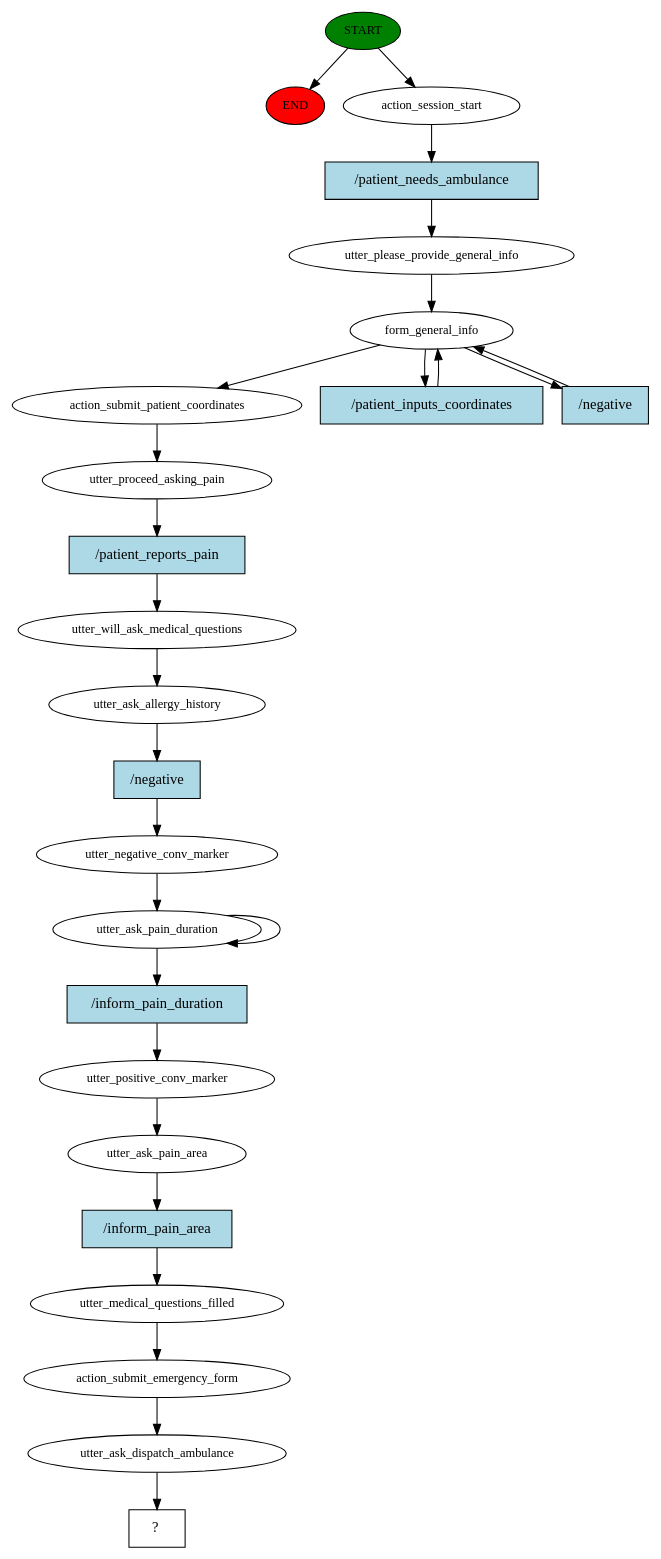
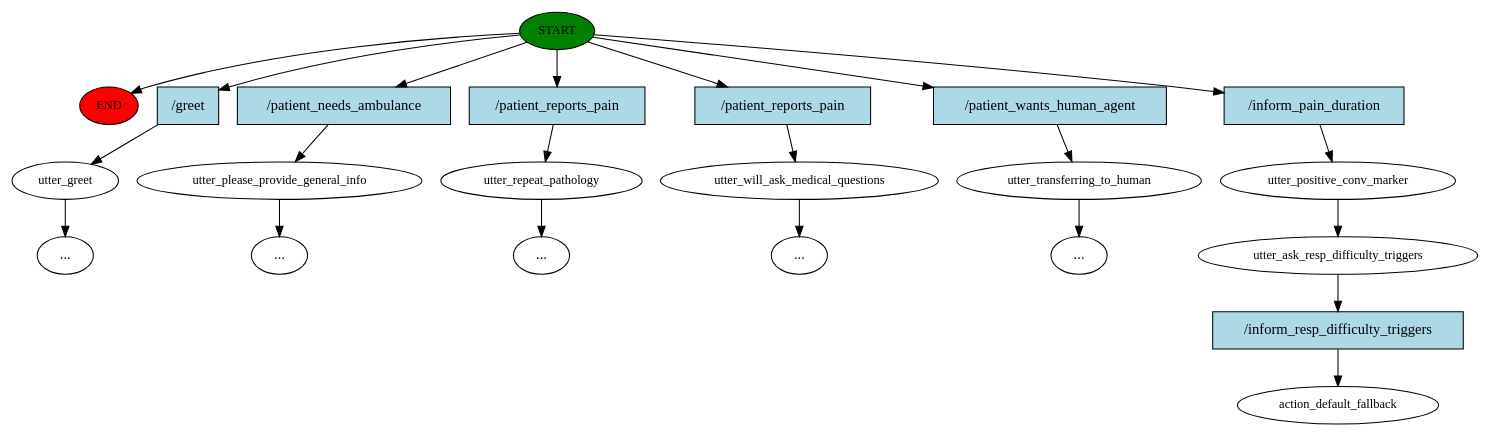
Before and after one commit to halixness/HMD-Dispatcher: the diagram in story_graph.dot, drawn with Graphviz. The commit also changed 5 other files, not shown here.

```diff
--- a/story_graph.dot
+++ b/story_graph.dot
@@ -1,52 +1,45 @@
 digraph  {
 0 [class="start active", fillcolor=green, fontsize=12, label=START, style=filled];
 "-1" [class=end, fillcolor=red, fontsize=12, label=END, style=filled];
-1 [class=active, fontsize=12, label=action_session_start];
-2 [class=active, fontsize=12, label=utter_please_provide_general_info];
-3 [class=active, fontsize=12, label=form_general_info];
-7 [class=active, fontsize=12, label=action_submit_patient_coordinates];
-8 [class=active, fontsize=12, label=utter_proceed_asking_pain];
-9 [class=active, fontsize=12, label=utter_will_ask_medical_questions];
-10 [class=active, fontsize=12, label=utter_ask_allergy_history];
-11 [class=active, fontsize=12, label=utter_negative_conv_marker];
-12 [class=active, fontsize=12, label=utter_ask_pain_duration];
-14 [class=active, fontsize=12, label=utter_positive_conv_marker];
-15 [class=active, fontsize=12, label=utter_ask_pain_area];
-16 [class=active, fontsize=12, label=utter_medical_questions_filled];
-17 [class=active, fontsize=12, label=action_submit_emergency_form];
-18 [class=active, fontsize=12, label=utter_ask_dispatch_ambulance];
-19 [class="intent dashed active", label="  ?  ", shape=rect];
-20 [class="intent active", fillcolor=lightblue, label="/patient_needs_ambulance", shape=rect, style=filled];
-21 [class="intent active", fillcolor=lightblue, label="/patient_inputs_coordinates", shape=rect, style=filled];
-22 [class="intent active", fillcolor=lightblue, label="/negative", shape=rect, style=filled];
-23 [class="intent active", fillcolor=lightblue, label="/patient_reports_pain", shape=rect, style=filled];
-24 [class="intent active", fillcolor=lightblue, label="/negative", shape=rect, style=filled];
-25 [class="intent active", fillcolor=lightblue, label="/inform_pain_duration", shape=rect, style=filled];
-26 [class="intent active", fillcolor=lightblue, label="/inform_pain_area", shape=rect, style=filled];
+1 [class="", fontsize=12, label=utter_greet];
+"-4" [class=ellipsis, label="..."];
+3 [class="", fontsize=12, label=utter_please_provide_general_info];
+"-5" [class=ellipsis, label="..."];
+4 [class="", fontsize=12, label=utter_repeat_pathology];
+"-6" [class=ellipsis, label="..."];
+5 [class="", fontsize=12, label=utter_will_ask_medical_questions];
+"-27" [class=ellipsis, label="..."];
+26 [class="", fontsize=12, label=utter_transferring_to_human];
+"-28" [class=ellipsis, label="..."];
+27 [class=active, fontsize=12, label=utter_positive_conv_marker];
+28 [class=active, fontsize=12, label=utter_ask_resp_difficulty_triggers];
+29 [class="dashed active", fontsize=12, label=action_default_fallback];
+30 [class=intent, fillcolor=lightblue, label="/greet", shape=rect, style=filled];
+31 [class=intent, fillcolor=lightblue, label="/patient_needs_ambulance", shape=rect, style=filled];
+32 [class=intent, fillcolor=lightblue, label="/patient_reports_pain", shape=rect, style=filled];
+33 [class=intent, fillcolor=lightblue, label="/patient_reports_pain", shape=rect, style=filled];
+34 [class=intent, fillcolor=lightblue, label="/patient_wants_human_agent", shape=rect, style=filled];
+35 [class="intent active", fillcolor=lightblue, label="/inform_pain_duration", shape=rect, style=filled];
+36 [class="intent active", fillcolor=lightblue, label="/inform_resp_difficulty_triggers", shape=rect, style=filled];
 0 -> "-1"  [class="", key=NONE, label=""];
-0 -> 1  [class=active, key=NONE, label=""];
-1 -> 20  [class=active, key=0];
-2 -> 3  [class=active, key=NONE, label=""];
-3 -> 7  [class=active, key=NONE, label=""];
-3 -> 21  [class=active, key=0];
-3 -> 22  [class=active, key=0];
-7 -> 8  [class=active, key=NONE, label=""];
-8 -> 23  [class=active, key=0];
-9 -> 10  [class=active, key=NONE, label=""];
-10 -> 24  [class=active, key=0];
-11 -> 12  [class=active, key=NONE, label=""];
-12 -> 12  [class=active, key=NONE, label=""];
-12 -> 25  [class=active, key=0];
-14 -> 15  [class=active, key=NONE, label=""];
-15 -> 26  [class=active, key=0];
-16 -> 17  [class=active, key=NONE, label=""];
-17 -> 18  [class=active, key=NONE, label=""];
-18 -> 19  [class=active, key=NONE, label=""];
-20 -> 2  [class=active, key=0];
-21 -> 3  [class=active, key=0];
-22 -> 3  [class=active, key=0];
-23 -> 9  [class=active, key=0];
-24 -> 11  [class=active, key=0];
-25 -> 14  [class=active, key=0];
-26 -> 16  [class=active, key=0];
+0 -> 30  [class="", key=0];
+0 -> 31  [class="", key=0];
+0 -> 32  [class="", key=0];
+0 -> 33  [class="", key=0];
+0 -> 34  [class="", key=0];
+0 -> 35  [class=active, key=0];
+1 -> "-4"  [class="", key=NONE, label=""];
+3 -> "-5"  [class="", key=NONE, label=""];
+4 -> "-6"  [class="", key=NONE, label=""];
+5 -> "-27"  [class="", key=NONE, label=""];
+26 -> "-28"  [class="", key=NONE, label=""];
+27 -> 28  [class=active, key=NONE, label=""];
+28 -> 36  [class=active, key=0];
+30 -> 1  [class="", key=0];
+31 -> 3  [class="", key=0];
+32 -> 4  [class="", key=0];
+33 -> 5  [class="", key=0];
+34 -> 26  [class="", key=0];
+35 -> 27  [class=active, key=0];
+36 -> 29  [class=active, key=0];
 }
```
